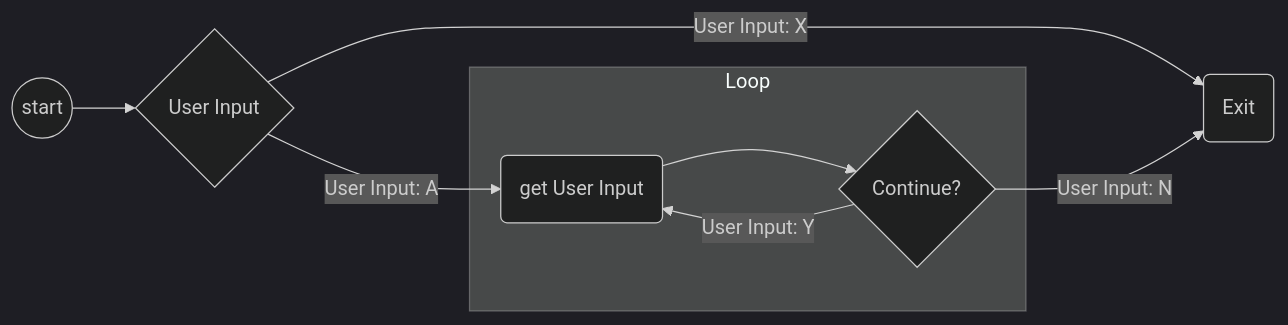
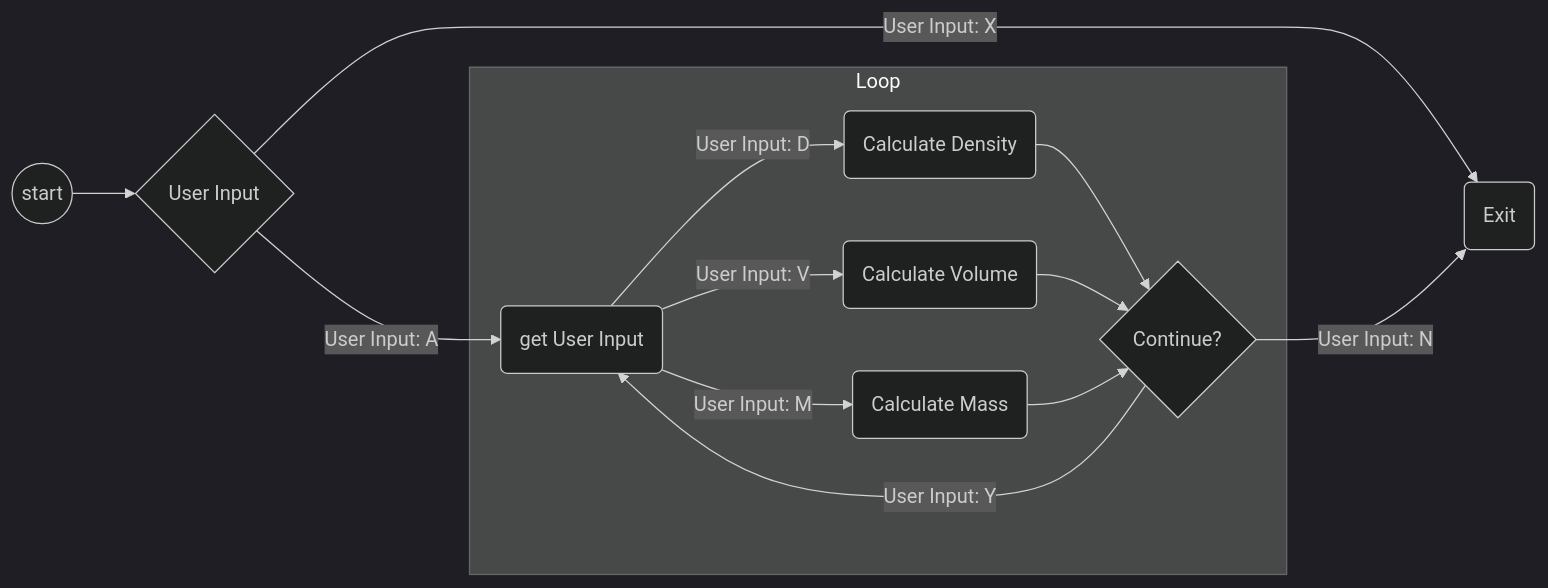
Before and after one commit to Timofey-Makhankov/Modul-319-I3: the diagram in README.md, drawn with Mermaid (dark theme). The commit also changed 4 other files, not shown here.

````diff
--- a/README.md
+++ b/README.md
@@ -7,11 +7,16 @@
 ```mermaid
     flowchart LR
     A((start))-->B{User Input}
     B-->|User Input: X|X(Exit)
     B-->|User Input: A|C(get User Input)
     subgraph Loop
     D-->|User Input: Y|C
-    C-->D{Continue?}
+    C-->|User Input: D|E(Calculate Density)
+    C-->|User Input: V|F(Calculate Volume)
+    C-->|User Input: M|G(Calculate Mass)
+    E-->D{Continue?}
+    F-->D
+    G-->D
     end
     D-->|User Input: N|X
 ```
````
